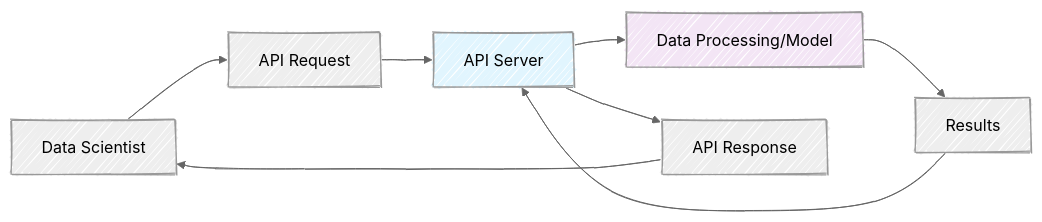
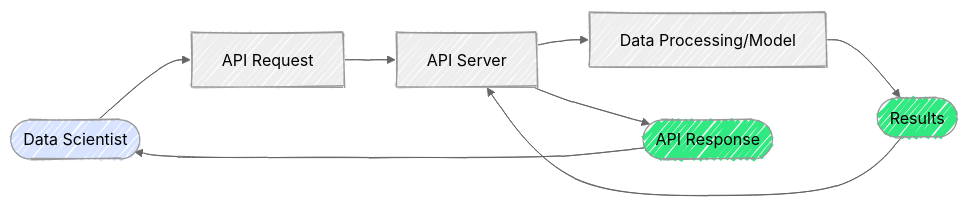
Before and after one commit to mjfrigaard/do4ds-labs: the fourth of 6 diagrams in lab3.qmd, drawn with Mermaid. The commit also changed other lines of this file and 38 other files, not shown here.

````diff
--- a/lab3.qmd
+++ b/lab3.qmd
@@ -211,16 +233,19 @@
 ```{mermaid}
 %%| fig-cap: 'APIs'
 %%| fig-align: center
 %%{init: {'theme': 'neutral', 'look': 'handDrawn', 'themeVariables': { 'fontFamily': 'monospace', "fontSize":"16px"}}}%%
+
 graph LR
-    DS["Data Scientist"] --> Req["API Request"]
+    DS(["Data Scientist"]) --> Req["API Request"]
     Req --> ApiServ["API Server"]
     ApiServ --> DataProcMod["Data Processing/Model"]
-    DataProcMod --> Res["Results"]
+    DataProcMod --> Res(["Results"])
     Res --> ApiServ
-    ApiServ --> APIResp["API Response"]
+    ApiServ --> APIResp(["API Response"])
     APIResp --> DS
     
-    style ApiServ fill:#e1f5fe
-    style DataProcMod fill:#f3e5f5
+    style DS fill:#d8e4ff
+    style Res fill:#31e981
+    style APIResp fill:#31e981
+    
 ```
````
